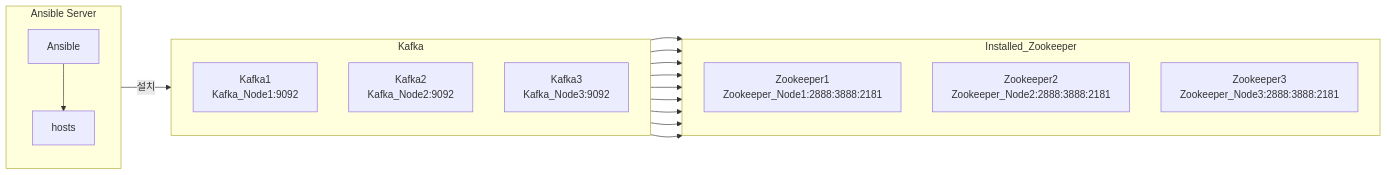
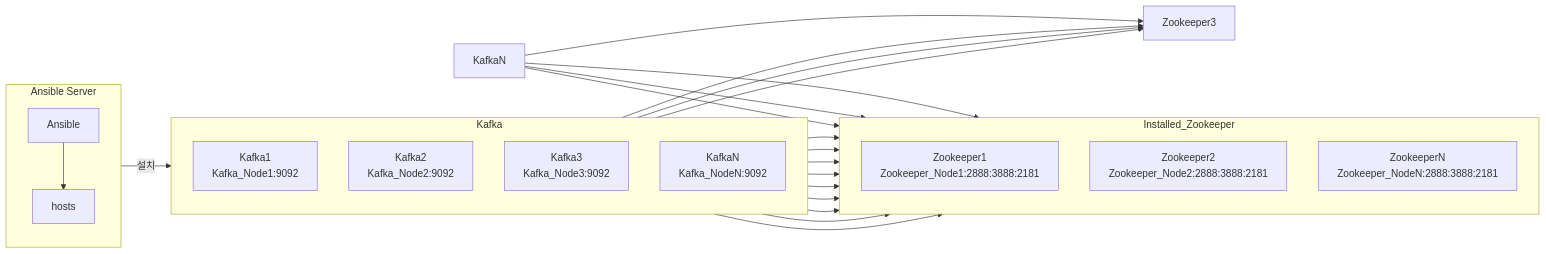
The diagram in rocky9/app/kafka/ansible_install/readme.md (QubitSecurity/howto), drawn with Mermaid before and after one commit.

````diff
--- a/rocky9/app/kafka/ansible_install/readme.md
+++ b/rocky9/app/kafka/ansible_install/readme.md
@@ -35,47 +35,55 @@
 ```mermaid
 graph LR;
 
     %% Define layout direction and spacing
     %% style Ansible_Server fill:#f9f,stroke:#333,stroke-width:2px,height:200px;
     %% style Zookeeper fill:#cfc,stroke:#333,stroke-width:2px;
 
 
     %% Ansible Server Section
     subgraph Ansible_Server[Ansible Server]
         direction TB
         Ansible1[Ansible]
         hosts[hosts]
         
         Ansible1 --> hosts
     end
 
     %% Zookeeper Section
     subgraph Zookeeper[Installed_Zookeeper]
         direction TB
         Zookeeper1[Zookeeper1<br>Zookeeper_Node1:2888:3888:2181]
         Zookeeper2[Zookeeper2<br>Zookeeper_Node2:2888:3888:2181]
-        Zookeeper3[Zookeeper3<br>Zookeeper_Node3:2888:3888:2181]
+        Zookeeper4[ZookeeperN<br>Zookeeper_NodeN:2888:3888:2181]
         
     end
 
     %% Combined Kafka and Solr Section
         %% Kafka Subgraph
     subgraph Kafka[Kafka]
         direction TB
         Kafka1[Kafka1<br>Kafka_Node1:9092]
         Kafka2[Kafka2<br>Kafka_Node2:9092]
         Kafka3[Kafka3<br>Kafka_Node3:9092]
+        Kafka4[KafkaN<br>Kafka_NodeN:9092]
     end
 
     hosts -->|설치| Kafka
 
     Kafka1 --> Zookeeper1
     Kafka1 --> Zookeeper2
     Kafka1 --> Zookeeper3
+    Kafka1 --> Zookeeper4
     Kafka2 --> Zookeeper1
     Kafka2 --> Zookeeper2
     Kafka2 --> Zookeeper3
+    Kafka2 --> Zookeeper4
     Kafka3 --> Zookeeper1
     Kafka3 --> Zookeeper2
     Kafka3 --> Zookeeper3
+    Kafka3 --> Zookeeper4
+    KafkaN --> Zookeeper1
+    KafkaN --> Zookeeper2
+    KafkaN --> Zookeeper3
+    KafkaN --> Zookeeper4
 ```
````
